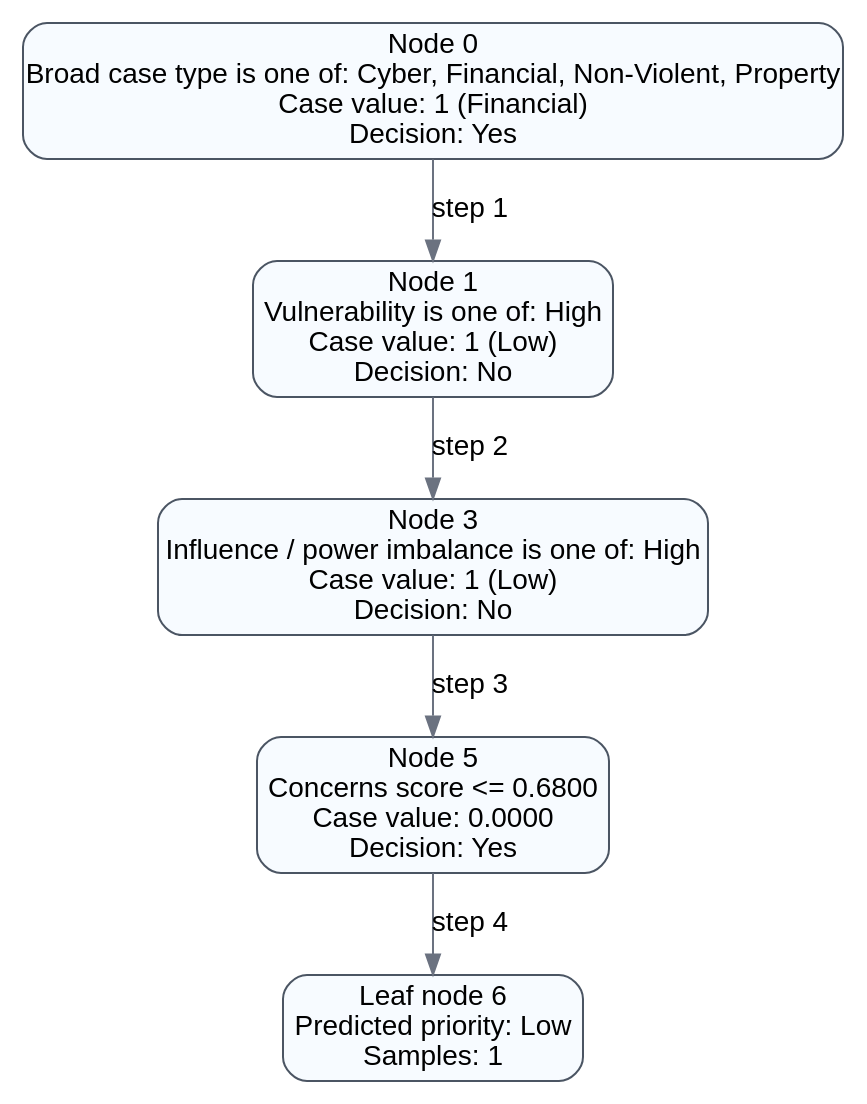
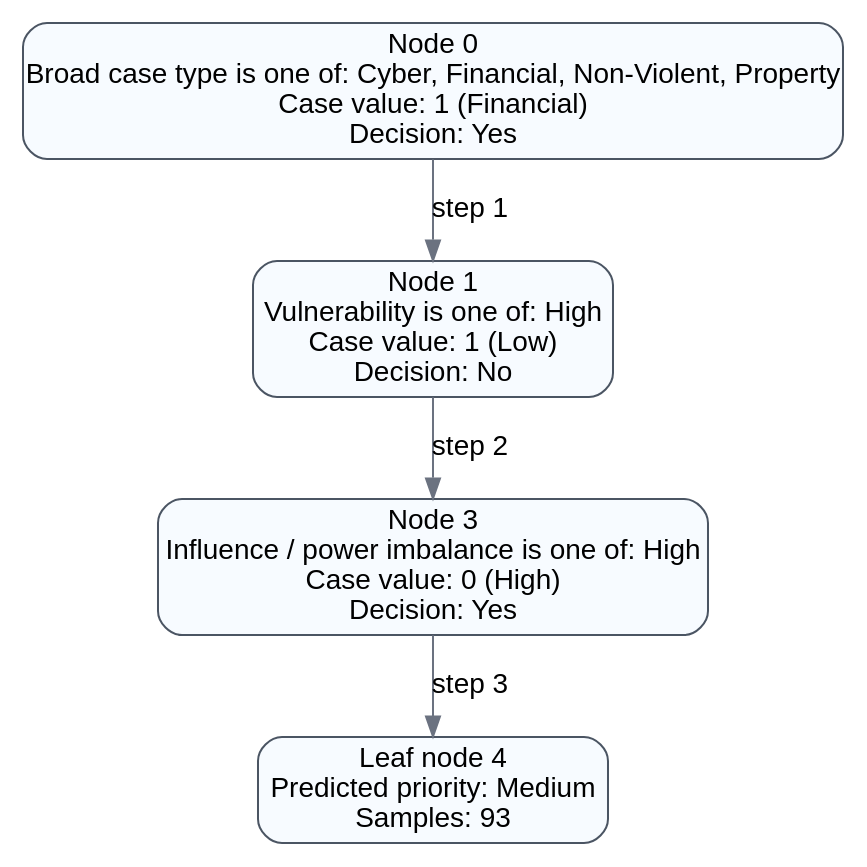
The diagram in case_priority_system/decision_graphs/A_K_Kaimal_vs_Sudarsen_Trading_Co_Ltd_And_Anr_on_1_January_1800_decision_path.dot (The-Yesh21/Anavaya-back-end), drawn with Graphviz before and after one commit. The commit also changed 44 other files, not shown here.

```diff
--- a/case_priority_system/decision_graphs/A_K_Kaimal_vs_Sudarsen_Trading_Co_Ltd_And_Anr_on_1_January_1800_decision_path.dot
+++ b/case_priority_system/decision_graphs/A_K_Kaimal_vs_Sudarsen_Trading_Co_Ltd_And_Anr_on_1_January_1800_decision_path.dot
@@ -1,14 +1,12 @@
 digraph DecisionPath {
   rankdir=TB;
   node [shape=box, style="rounded,filled", fillcolor="#F7FBFF", color="#4B5563", fontname="Arial"];
   edge [color="#6B7280", fontname="Arial"];
   n0 [label="Node 0\nBroad case type is one of: Cyber, Financial, Non-Violent, Property\nCase value: 1 (Financial)\nDecision: Yes"];
   n1 [label="Node 1\nVulnerability is one of: High\nCase value: 1 (Low)\nDecision: No"];
   n0 -> n1 [label="step 1"];
-  n3 [label="Node 3\nInfluence / power imbalance is one of: High\nCase value: 1 (Low)\nDecision: No"];
+  n3 [label="Node 3\nInfluence / power imbalance is one of: High\nCase value: 0 (High)\nDecision: Yes"];
   n1 -> n3 [label="step 2"];
-  n5 [label="Node 5\nConcerns score <= 0.6800\nCase value: 0.0000\nDecision: Yes"];
-  n3 -> n5 [label="step 3"];
-  n6 [label="Leaf node 6\nPredicted priority: Low\nSamples: 1"];
-  n5 -> n6 [label="step 4"];
+  n4 [label="Leaf node 4\nPredicted priority: Medium\nSamples: 93"];
+  n3 -> n4 [label="step 3"];
 }
```
